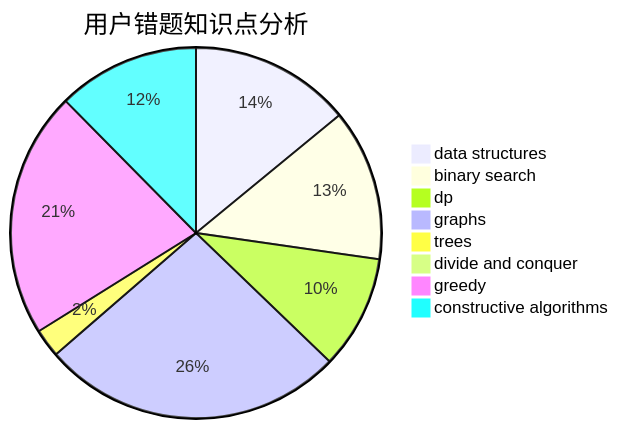
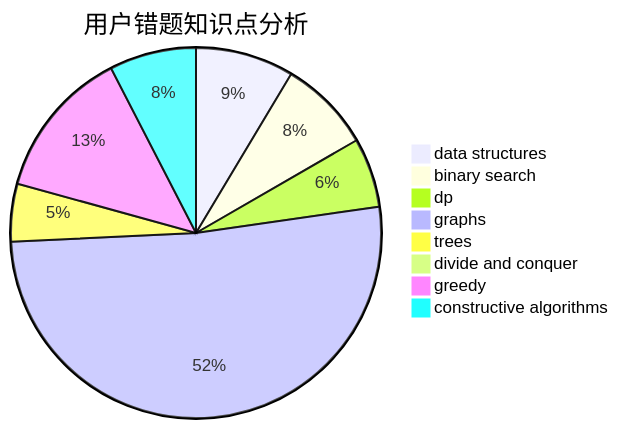
The third of 3 diagrams in docs/user/u1889.md (sherpahu/cfrs.github.io), drawn with Mermaid before and after one commit. The commit also changed other lines of this file and 2770 other files, not shown here.

````diff
--- a/docs/user/u1889.md
+++ b/docs/user/u1889.md
@@ -36,11 +36,11 @@
 ```mermaid
 pie title 用户错题知识点分析
     "data structures" :  17
     "binary search" :  16
     "dp" :  12
-    "graphs" :  32
-    "trees" :  3
+    "graphs" :  102
+    "trees" :  10
     "divide and conquer" :  0
     "greedy" :  26
     "constructive algorithms" :  15
 ```
````
